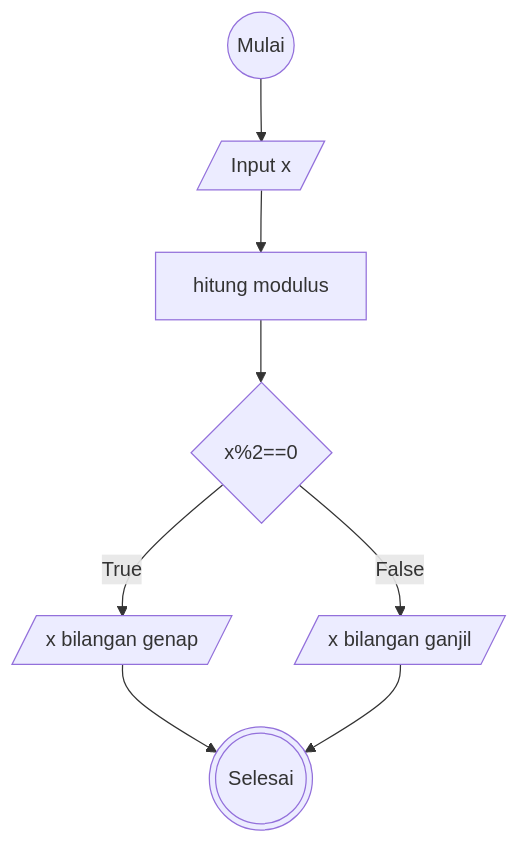
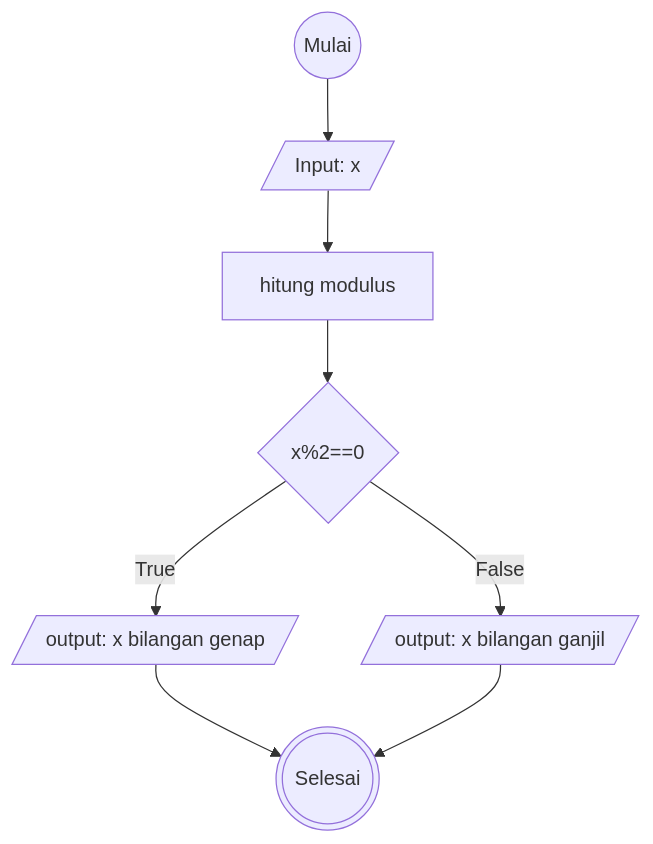
Before and after one commit to mslthn/koda-b6-algoritma: the diagram in flowchart-ganjil-genap.md, drawn with Mermaid.

````diff
--- a/flowchart-ganjil-genap.md
+++ b/flowchart-ganjil-genap.md
@@ -1,14 +1,14 @@
 ```mermaid
 flowchart TD
     mulai@{ shape: circ, label: "Mulai"}
-    input@{ shape: lean-r, label: "Input x"}
+    input@{ shape: lean-r, label: "Input: x"}
+    ifG@{ shape: diamond, label: "x%2==0"}
+    ganjil@{ shape: lean-r, label: "output: x bilangan ganjil"}
+    genap@{ shape: lean-r, label: "output: x bilangan genap"}
+    selesai@{ shape: dbl-circ, label: "Selesai"}
     proses@{ shape: rect, label: "hitung modulus"}
-    ifG@{ shape: diamond, label: "x%2==0"}
-    ganjil@{ shape: lean-r, label: "x bilangan ganjil"}
-    genap@{ shape: lean-r, label: "x bilangan genap"}
-    selesai@{ shape: dbl-circ, label: "Selesai"}
 
 mulai-->input-->proses-->ifG
 ifG-->|True| genap-->selesai
 ifG-->|False| ganjil-->selesai
 ```
````
